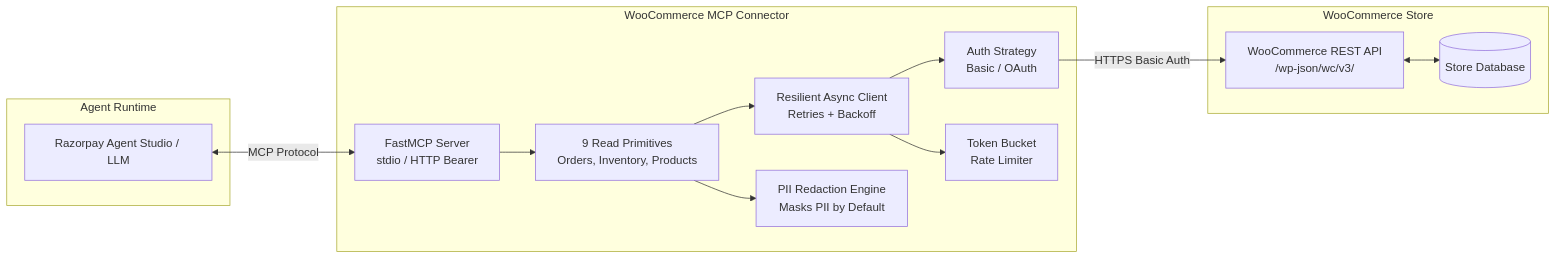
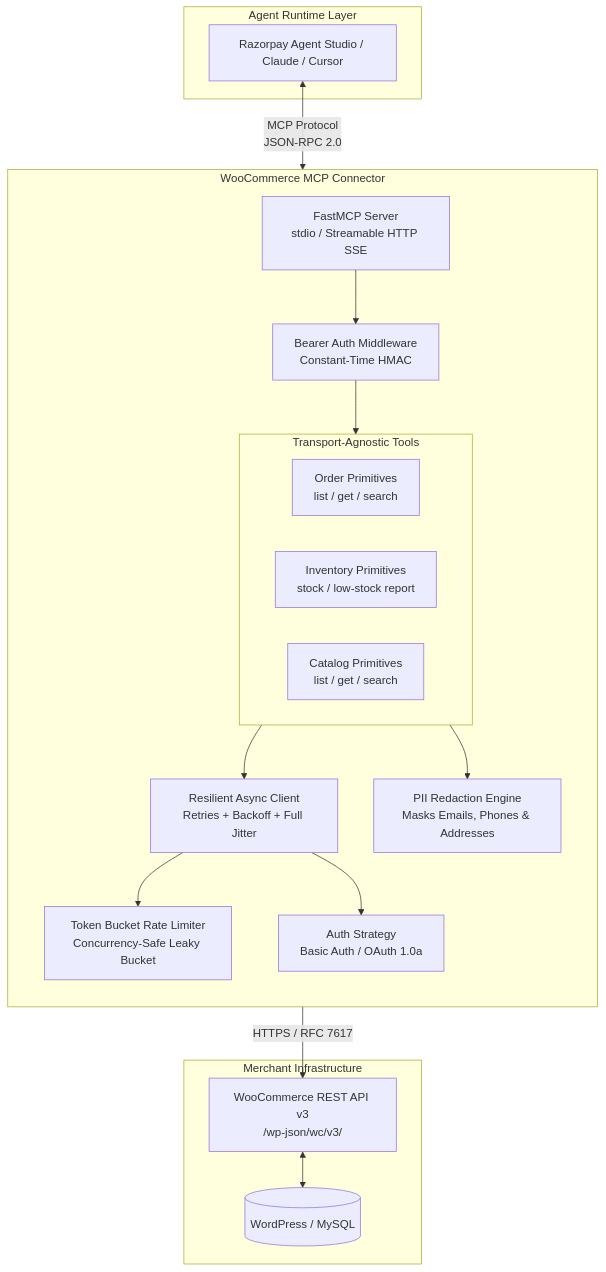
Before and after one commit to shubhampatil631/woo-agent-connector: the diagram in README.md, drawn with Mermaid. The commit also changed other lines of this file, not shown here.

````diff
--- a/README.md
+++ b/README.md
@@ -9,29 +16,38 @@
 ```mermaid
-flowchart LR
-    subgraph AgentRuntime [Agent Runtime]
-        Agent[Razorpay Agent Studio / LLM]
+flowchart TB
+    subgraph AgentRuntime [Agent Runtime Layer]
+        Agent[Razorpay Agent Studio / Claude / Cursor]
     end
 
     subgraph Connector [WooCommerce MCP Connector]
-        FastMCP[FastMCP Server\nstdio / HTTP Bearer]
-        Auth[Auth Strategy\nBasic / OAuth]
-        Limiter[Token Bucket\nRate Limiter]
-        Client[Resilient Async Client\nRetries + Backoff]
-        Redact[PII Redaction Engine\nMasks PII by Default]
-        Tools[9 Read Primitives\nOrders, Inventory, Products]
+        direction TB
+        Server[FastMCP Server\nstdio / Streamable HTTP SSE]
+        AuthMW[Bearer Auth Middleware\nConstant-Time HMAC]
+        
+        subgraph ToolsLayer [Transport-Agnostic Tools]
+            T_Orders[Order Primitives\nlist / get / search]
+            T_Stock[Inventory Primitives\nstock / low-stock report]
+            T_Catalog[Catalog Primitives\nlist / get / search]
+        end
+        
+        Redact[PII Redaction Engine\nMasks Emails, Phones & Addresses]
+        Limiter[Token Bucket Rate Limiter\nConcurrency-Safe Leaky Bucket]
+        Client[Resilient Async Client\nRetries + Backoff + Full Jitter]
+        AuthStrat[Auth Strategy\nBasic Auth / OAuth 1.0a]
     end
 
-    subgraph Upstream [WooCommerce Store]
-        WooAPI[WooCommerce REST API\n/wp-json/wc/v3/]
-        DB[(Store Database)]
+    subgraph Upstream [Merchant Infrastructure]
+        WooAPI[WooCommerce REST API v3\n/wp-json/wc/v3/]
+        DB[(WordPress / MySQL)]
     end
 
-    Agent <-->|MCP Protocol| FastMCP
-    FastMCP --> Tools
-    Tools --> Redact
-    Tools --> Client
+    Agent <-->|MCP Protocol\nJSON-RPC 2.0| Server
+    Server --> AuthMW
+    AuthMW --> ToolsLayer
+    ToolsLayer --> Redact
+    ToolsLayer --> Client
     Client --> Limiter
-    Client --> Auth
-    Auth -->|HTTPS Basic Auth| WooAPI
+    Client --> AuthStrat
+    AuthStrat -->|HTTPS / RFC 7617| WooAPI
     WooAPI <--> DB
 ```
````
